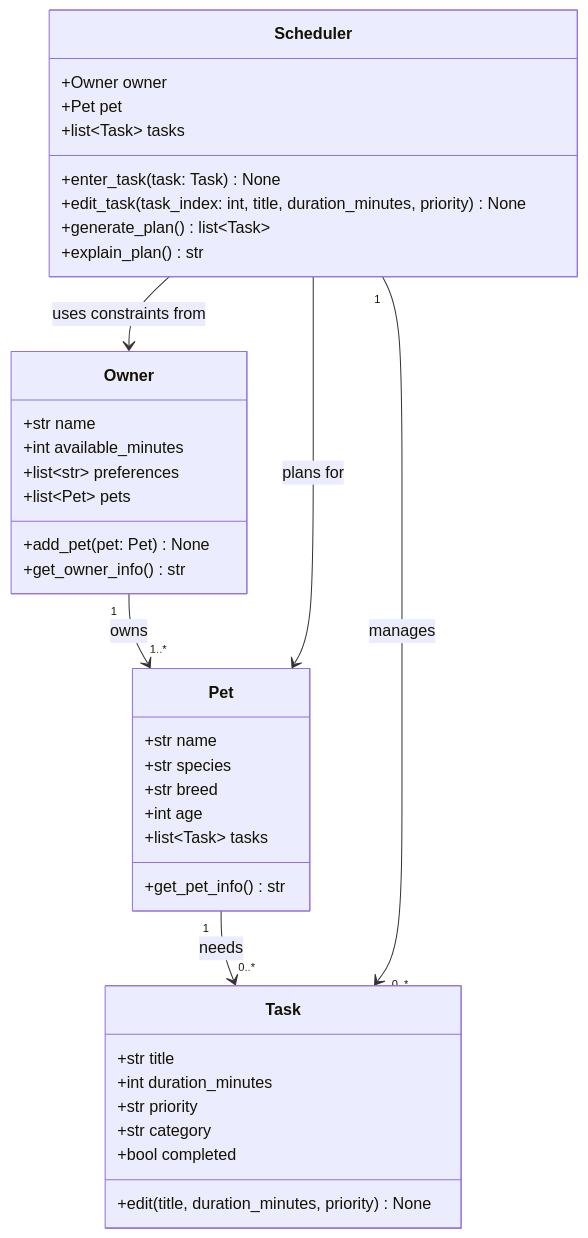
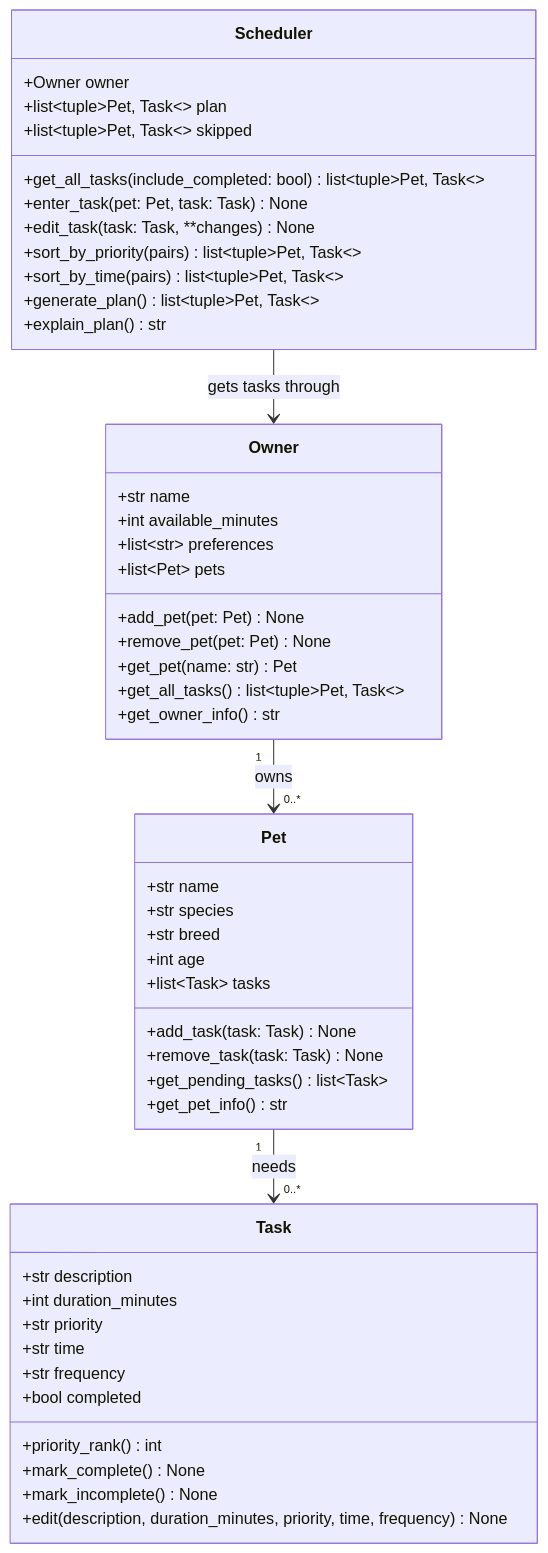
One commit to palston20/ai110-module2show-pawpal-starter changed the diagram in diagrams/uml.mmd. Above: the diagram before and after it, drawn with Mermaid. The commit also changed 7 other files, not shown here.

```diff
--- a/diagrams/uml.mmd
+++ b/diagrams/uml.mmd
@@ -1,45 +1,56 @@
 classDiagram
     %% PawPal+ class design. Keep this file updated so it matches your final implementation.
 
     class Owner {
         +str name
         +int available_minutes
         +list~str~ preferences
         +list~Pet~ pets
         +add_pet(pet: Pet) None
+        +remove_pet(pet: Pet) None
+        +get_pet(name: str) Pet
+        +get_all_tasks() list~tuple~Pet, Task~~
         +get_owner_info() str
     }
 
     class Pet {
         +str name
         +str species
         +str breed
         +int age
         +list~Task~ tasks
+        +add_task(task: Task) None
+        +remove_task(task: Task) None
+        +get_pending_tasks() list~Task~
         +get_pet_info() str
     }
 
     class Task {
-        +str title
+        +str description
         +int duration_minutes
         +str priority
-        +str category
+        +str time
+        +str frequency
         +bool completed
-        +edit(title, duration_minutes, priority) None
+        +priority_rank() int
+        +mark_complete() None
+        +mark_incomplete() None
+        +edit(description, duration_minutes, priority, time, frequency) None
     }
 
     class Scheduler {
         +Owner owner
-        +Pet pet
-        +list~Task~ tasks
-        +enter_task(task: Task) None
-        +edit_task(task_index: int, title, duration_minutes, priority) None
-        +generate_plan() list~Task~
+        +list~tuple~Pet, Task~~ plan
+        +list~tuple~Pet, Task~~ skipped
+        +get_all_tasks(include_completed: bool) list~tuple~Pet, Task~~
+        +enter_task(pet: Pet, task: Task) None
+        +edit_task(task: Task, **changes) None
+        +sort_by_priority(pairs) list~tuple~Pet, Task~~
+        +sort_by_time(pairs) list~tuple~Pet, Task~~
+        +generate_plan() list~tuple~Pet, Task~~
         +explain_plan() str
     }
 
-    Owner "1" --> "1..*" Pet : owns
+    Owner "1" --> "0..*" Pet : owns
     Pet "1" --> "0..*" Task : needs
-    Scheduler --> Owner : uses constraints from
-    Scheduler --> Pet : plans for
-    Scheduler "1" --> "0..*" Task : manages
+    Scheduler --> Owner : gets tasks through
```
